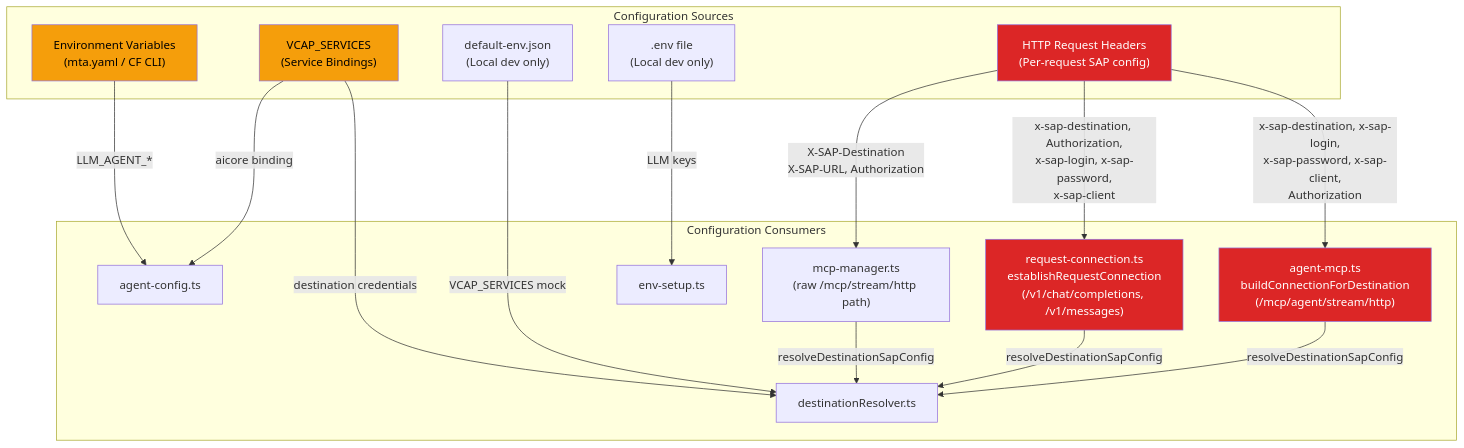
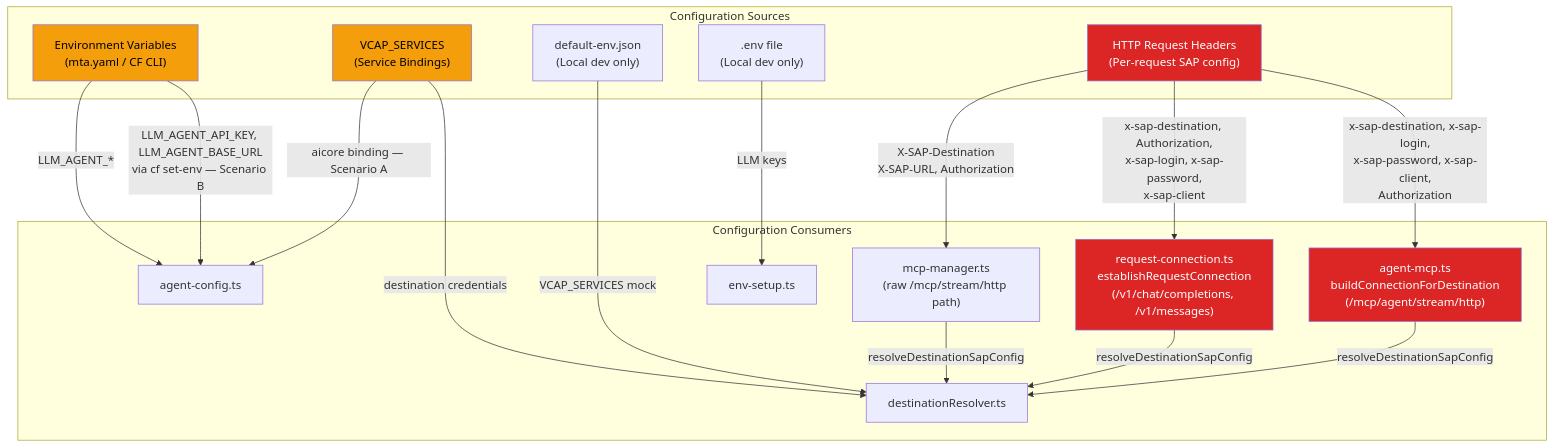
One commit to fr0ster/cloud-llm-hub changed diagram 19 of 24 in docs/architecture/ARCHITECTURE.md. Above: the diagram before and after it, drawn with Mermaid. The commit also changed other lines of this file and 37 other files, not shown here.

````diff
--- a/docs/architecture/ARCHITECTURE.md
+++ b/docs/architecture/ARCHITECTURE.md
@@ -1028,37 +1043,38 @@
 ```mermaid
 graph TB
     subgraph "Configuration Sources"
         ENV["Environment Variables<br/>(mta.yaml / CF CLI)"]
         VCAP["VCAP_SERVICES<br/>(Service Bindings)"]
         DEF_ENV["default-env.json<br/>(Local dev only)"]
         DOT_ENV[".env file<br/>(Local dev only)"]
         HEADERS["HTTP Request Headers<br/>(Per-request SAP config)"]
     end
 
     subgraph "Configuration Consumers"
         AC2["agent-config.ts"]
         ES["env-setup.ts"]
         DR2["destinationResolver.ts"]
         MM2["mcp-manager.ts<br/>(raw /mcp/stream/http path)"]
         RC["request-connection.ts<br/>establishRequestConnection<br/>(/v1/chat/completions, /v1/messages)"]
         AM["agent-mcp.ts<br/>buildConnectionForDestination<br/>(/mcp/agent/stream/http)"]
     end
 
     ENV -->|LLM_AGENT_*| AC2
-    VCAP -->|aicore binding| AC2
+    VCAP -->|aicore binding — Scenario A| AC2
+    ENV -->|LLM_AGENT_API_KEY, LLM_AGENT_BASE_URL<br/>via cf set-env — Scenario B| AC2
     VCAP -->|destination credentials| DR2
     DEF_ENV -->|VCAP_SERVICES mock| DR2
     DOT_ENV -->|LLM keys| ES
     HEADERS -->|X-SAP-Destination<br/>X-SAP-URL, Authorization| MM2
     HEADERS -->|x-sap-destination, Authorization,<br/>x-sap-login, x-sap-password,<br/>x-sap-client| RC
     HEADERS -->|x-sap-destination, x-sap-login,<br/>x-sap-password, x-sap-client,<br/>Authorization| AM
     RC -->|resolveDestinationSapConfig| DR2
     MM2 -->|resolveDestinationSapConfig| DR2
     AM -->|resolveDestinationSapConfig| DR2
 
     style HEADERS fill:#dc2626,color:#fff
     style RC fill:#dc2626,color:#fff
     style AM fill:#dc2626,color:#fff
     style ENV fill:#f59e0b,color:#000
     style VCAP fill:#f59e0b,color:#000
 ```
````
